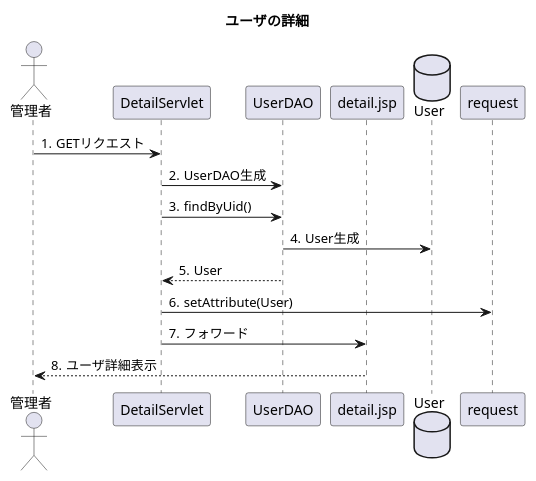
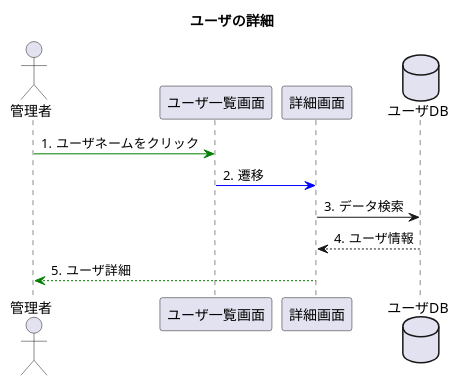
The diagram in uml_detail/seq_detail.pu (toufu66/ProjectC), drawn with PlantUML before and after one commit. The commit also changed 3 other files, not shown here.

```diff
--- a/uml_detail/seq_detail.pu
+++ b/uml_detail/seq_detail.pu
@@ -1,23 +1,19 @@
 @startuml
 title ユーザの詳細
 
 autonumber "#."
 
 actor 管理者
-participant DetailServlet
-participant UserDAO
-participant detail.jsp
-database User
+participant ユーザ一覧画面
+participant 詳細画面
+database ユーザDB
 
+管理者 -[#green]> ユーザ一覧画面:ユーザネームをクリック
+ユーザ一覧画面 -[#blue]> 詳細画面:遷移
+詳細画面 -> ユーザDB:データ検索
+ユーザDB --> 詳細画面:ユーザ情報
 
-管理者 -> DetailServlet:GETリクエスト
-DetailServlet -> UserDAO :UserDAO生成
-DetailServlet -> UserDAO :findByUid()
-UserDAO -> User:User生成
-UserDAO --> DetailServlet:User
-DetailServlet -> request:setAttribute(User)
-DetailServlet -> detail.jsp:フォワード
-detail.jsp --> 管理者:ユーザ詳細表示
+詳細画面 --[#green]> 管理者:ユーザ詳細
 
 
 @enduml
```
